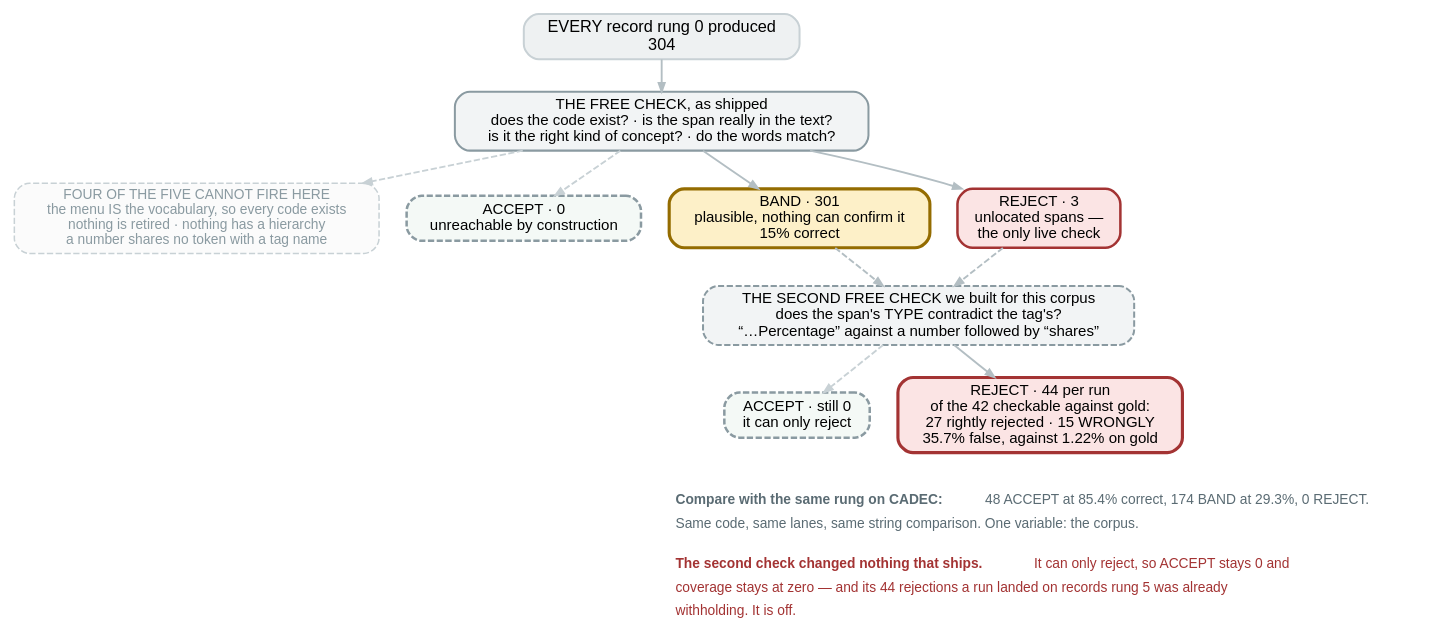
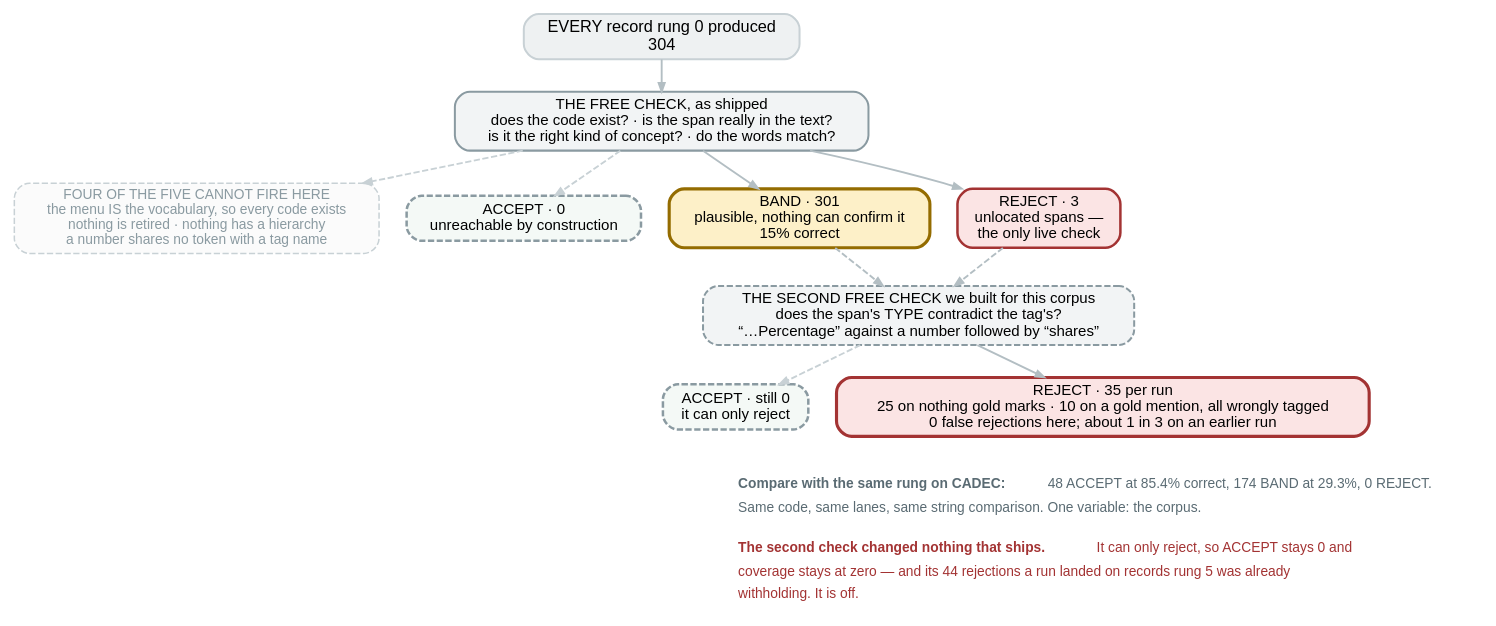
The diagram in docs/figures/fig15-rung1-finer.dot (wbagais/reliability-ladder), drawn with Graphviz before and after one commit. The commit also changed 4 other files, not shown here.

Commit message:
Article: nothing from earlier runs quoted — arms table without effect sizes, model sweeps as pointers, reranker story without figures, type check and rung 2 on FiNER from the base-run replay, judge-acting row from the base run, the voting example from draw 0

```diff
--- a/docs/figures/fig15-rung1-finer.dot
+++ b/docs/figures/fig15-rung1-finer.dot
@@ -1,57 +1,58 @@
 // Rung 1 on FiNER — the counterpart to fig10-rung1 — and the second free check
 // built to give this corpus one, which the article treats as rung 1 for FiNER.
 //
 // Rung 1 alone: docs/decisions.md 2026-08-29 (finer-full-2, dev, 40 documents),
 // 351 records, ACCEPT 0 / BAND 350 / REJECT 1; lexical_match False on all 328
 // records carrying a tag, sct_exists True on all 328. Lane correctness is the
 // run's own answered-accuracy (0.1396) — with 350 of 351 in BAND that is the
 // lane's rate to within one record.
-// The type check: 2026-09-02. 44 rejections per run; pooled over three draws it
-// rejected 42 records with gold to check against, 27 correctly and 15 wrongly —
-// 35.71% false rejections on model output against 1.22% measured on gold.
+// The type check, replayed over the three base draws (2026-09-03): 35 rejections
+// per run, identical on every draw; 25 on nothing gold marks and 10 on a gold
+// mention, all 10 wrongly tagged — 0 false rejections here, against about 1 in 3
+// on an earlier run whose spans drifted differently, and 1.22% measured on gold.
 //
 // COLOUR KEY — the article's zone colours:
 //   green ACCEPT · amber BAND · red REJECT · grey a stage, no verdict
 digraph rung1_finer {
   rankdir=TB; bgcolor="white"; nodesep=0.30; ranksep=0.36;
   node [shape=box style="filled,rounded" fontname="Helvetica" fontsize=12
         color="#c8d1d5" penwidth=1.2];
   edge [color="#b3bec3" penwidth=1.5 arrowsize=0.7 fontname="Helvetica" fontsize=10];
 
   in [label="EVERY record rung 0 produced\n304" fillcolor="#eef1f2" fontsize=13 penwidth=1.6];
 
   chk [label="THE FREE CHECK, as shipped\ndoes the code exist? · is the span really in the text?\nis it the right kind of concept? · do the words match?"
        fillcolor="#f2f4f5" color="#8a9aa1" penwidth=1.6];
   vac [label="FOUR OF THE FIVE CANNOT FIRE HERE\nthe menu IS the vocabulary, so every code exists\nnothing is retired · nothing has a hierarchy\na number shares no token with a tag name"
        fillcolor="#fbfbfb" color="#c8d1d5" style="filled,rounded,dashed" fontcolor="#8a9aa1" fontsize=11];
 
   acc [label="ACCEPT · 0\nunreachable by construction" fillcolor="#f4f9f6" color="#8a9aa1"
        style="filled,rounded,dashed" penwidth=2];
   band[label="BAND · 301\nplausible, nothing can confirm it\n15% correct" fillcolor="#fdf0c8" color="#946c00" penwidth=2.5];
   rej [label="REJECT · 3\nunlocated spans —\nthe only live check" fillcolor="#fbe4e4" color="#a33333" penwidth=2];
 
   add [label="THE SECOND FREE CHECK we built for this corpus\ndoes the span's TYPE contradict the tag's?\n“…Percentage” against a number followed by “shares”"
        fillcolor="#f2f4f5" color="#8a9aa1" penwidth=1.6 style="filled,rounded,dashed"];
   acc2[label="ACCEPT · still 0\nit can only reject" fillcolor="#f4f9f6" color="#8a9aa1"
        style="filled,rounded,dashed" penwidth=2];
-  rej2[label="REJECT · 44 per run\nof the 42 checkable against gold:\n27 rightly rejected · 15 WRONGLY\n35.7% false, against 1.22% on gold"
+  rej2[label="REJECT · 35 per run\n25 on nothing gold marks · 10 on a gold mention, all wrongly tagged\n0 false rejections here; about 1 in 3 on an earlier run"
        fillcolor="#fbe4e4" color="#a33333" penwidth=2.5];
 
   in -> chk; chk -> vac [style=dashed color="#c8d1d5"];
   chk -> acc [style=dashed color="#c8d1d5"]; chk -> band; chk -> rej;
   rej -> add [style=dashed]; band -> add [style=dashed];
   add -> acc2 [style=dashed color="#c8d1d5"]; add -> rej2;
   { rank=same; acc; band; rej }
   { rank=same; acc2; rej2 }
 
   note [shape=plaintext style="" fillcolor="white"
         label=<<TABLE BORDER="0" CELLBORDER="0" CELLSPACING="0" CELLPADDING="3">
         <TR><TD ALIGN="LEFT"><FONT POINT-SIZE="11" COLOR="#5a6b73"><B>Compare with the same rung on CADEC:</B> 48 ACCEPT at 85.4% correct, 174 BAND at 29.3%, 0 REJECT.</FONT></TD></TR>
         <TR><TD ALIGN="LEFT"><FONT POINT-SIZE="11" COLOR="#5a6b73">Same code, same lanes, same string comparison. One variable: the corpus.</FONT></TD></TR>
         <TR><TD ALIGN="LEFT"><FONT POINT-SIZE="8"> </FONT></TD></TR>
         <TR><TD ALIGN="LEFT"><FONT POINT-SIZE="11" COLOR="#a33333"><B>The second check changed nothing that ships.</B> It can only reject, so ACCEPT stays 0 and</FONT></TD></TR>
         <TR><TD ALIGN="LEFT"><FONT POINT-SIZE="11" COLOR="#a33333">coverage stays at zero — and its 44 rejections a run landed on records rung 5 was already</FONT></TD></TR>
         <TR><TD ALIGN="LEFT"><FONT POINT-SIZE="11" COLOR="#a33333">withholding. It is off.</FONT></TD></TR>
         </TABLE>>];
   rej2 -> note [style=invis];
 }
```
